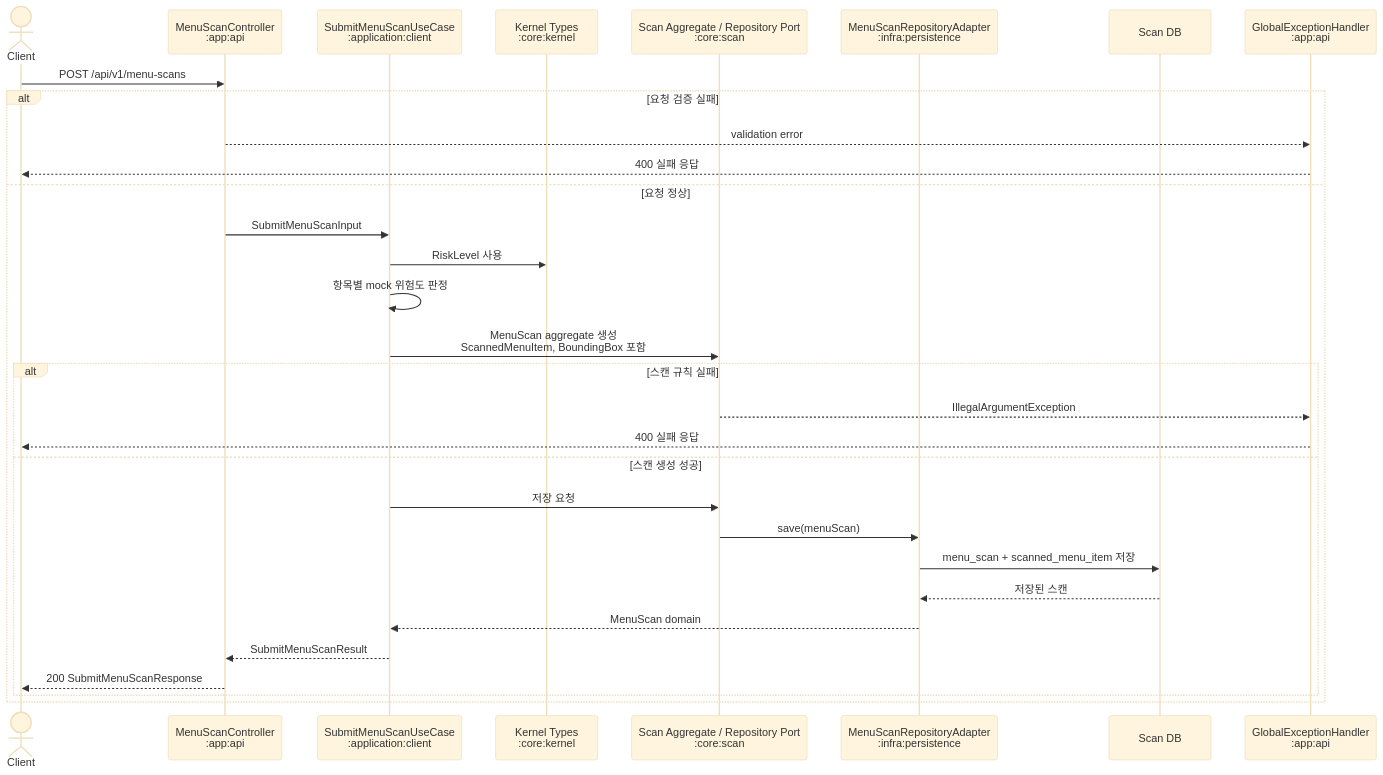
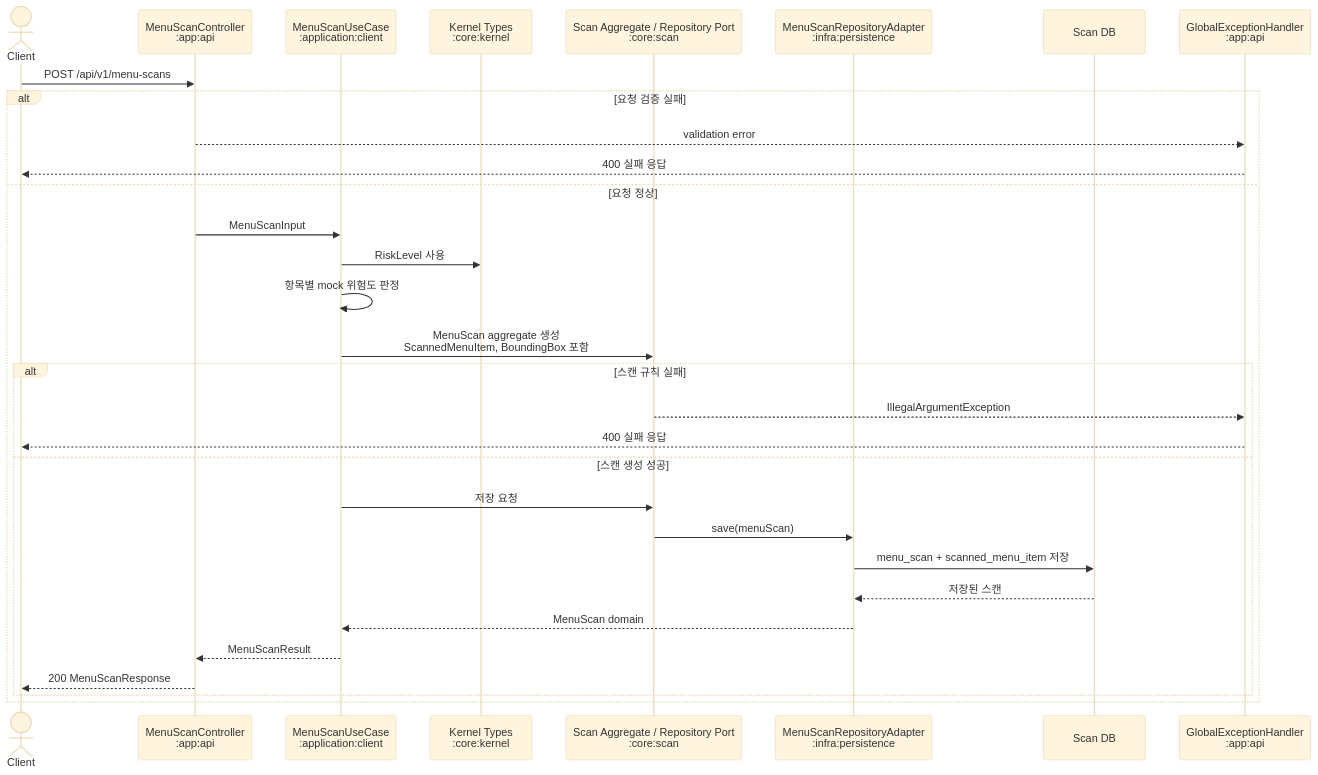
Before and after one commit to team-skyjs/kbap-server: the third of 3 diagrams in docs/architecture/api-request-flows.md, drawn with Mermaid (base theme). The commit also changed 10 other files, not shown here.

````diff
--- a/docs/architecture/api-request-flows.md
+++ b/docs/architecture/api-request-flows.md
@@ -106,34 +106,34 @@
 ```mermaid
 sequenceDiagram
     actor Client
     participant Controller as MenuScanController<br/>:app:api
-    participant UseCase as SubmitMenuScanUseCase<br/>:application:client
+    participant UseCase as MenuScanUseCase<br/>:application:client
     participant Kernel as Kernel Types<br/>:core:kernel
     participant ScanCore as Scan Aggregate / Repository Port<br/>:core:scan
     participant Persistence as MenuScanRepositoryAdapter<br/>:infra:persistence
     participant DB as Scan DB
     participant Error as GlobalExceptionHandler<br/>:app:api
 
     Client->>Controller: POST /api/v1/menu-scans
     alt 요청 검증 실패
         Controller-->>Error: validation error
         Error-->>Client: 400 실패 응답
     else 요청 정상
-        Controller->>UseCase: SubmitMenuScanInput
+        Controller->>UseCase: MenuScanInput
         UseCase->>Kernel: RiskLevel 사용
         UseCase->>UseCase: 항목별 mock 위험도 판정
         UseCase->>ScanCore: MenuScan aggregate 생성<br/>ScannedMenuItem, BoundingBox 포함
         alt 스캔 규칙 실패
             ScanCore-->>Error: IllegalArgumentException
             Error-->>Client: 400 실패 응답
         else 스캔 생성 성공
             UseCase->>ScanCore: 저장 요청
             ScanCore->>Persistence: save(menuScan)
             Persistence->>DB: menu_scan + scanned_menu_item 저장
             DB-->>Persistence: 저장된 스캔
             Persistence-->>UseCase: MenuScan domain
-            UseCase-->>Controller: SubmitMenuScanResult
-            Controller-->>Client: 200 SubmitMenuScanResponse
+            UseCase-->>Controller: MenuScanResult
+            Controller-->>Client: 200 MenuScanResponse
         end
     end
 ```
````
